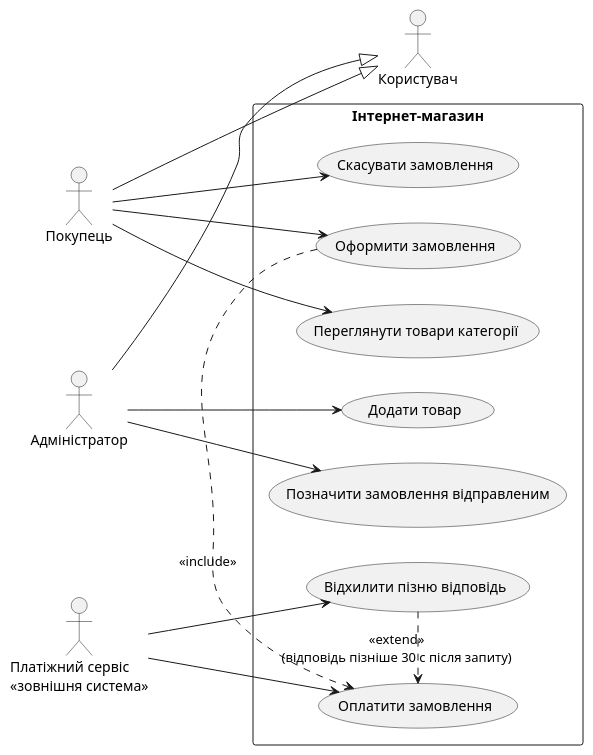
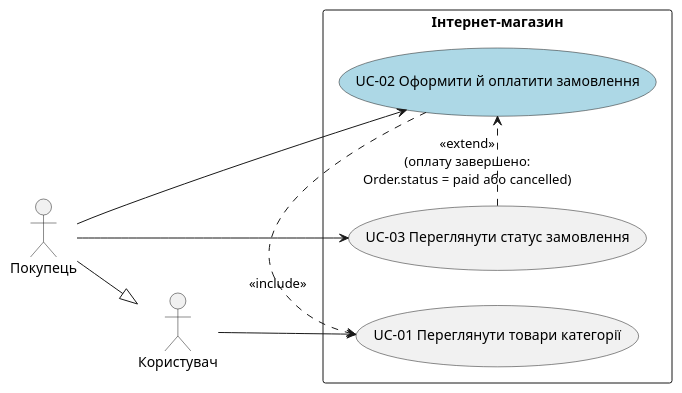
Before and after one commit to linamalina238/kpilab: the diagram in lab2/usecase-diagram.puml, drawn with PlantUML. The commit also changed 1 other file, not shown here.

Commit message:
refactor: update use case diagram and rename use cases for clarity; add non-functional requirements document

```diff
--- a/lab2/usecase-diagram.puml
+++ b/lab2/usecase-diagram.puml
@@ -1,32 +1,21 @@
 @startuml
 left to right direction
 
 actor "Користувач" as User
 actor "Покупець" as Buyer
-actor "Адміністратор" as Admin
-actor "Платіжний сервіс\n<<зовнішня система>>" as Pay
 
 Buyer --|> User
-Admin --|> User
 
 rectangle "Інтернет-магазин" {
-  usecase "Переглянути товари категорії" as UC01
-  usecase "Оформити замовлення" as UC02
-  usecase "Оплатити замовлення" as UC03
-  usecase "Скасувати замовлення" as UC04
-  usecase "Позначити замовлення відправленим" as UC05
-  usecase "Додати товар" as UC06
-  usecase "Відхилити пізню відповідь" as UC07
+  usecase "UC-01 Переглянути товари категорії" as UC01
+  usecase "UC-02 Оформити й оплатити замовлення" as UC02 #LightBlue
+  usecase "UC-03 Переглянути статус замовлення" as UC03
 }
 
-Buyer --> UC01
+User --> UC01
 Buyer --> UC02
-Buyer --> UC04
-Admin --> UC05
-Admin --> UC06
-Pay --> UC03
-Pay --> UC07
+Buyer --> UC03
 
-UC02 .> UC03 : <<include>>
-UC07 .> UC03 : <<extend>>\n(відповідь пізніше 30 с після запиту)
+UC02 .> UC01 : <<include>>
+UC03 .> UC02 : <<extend>>\n(оплату завершено:\nOrder.status = paid або cancelled)
 @enduml
```
